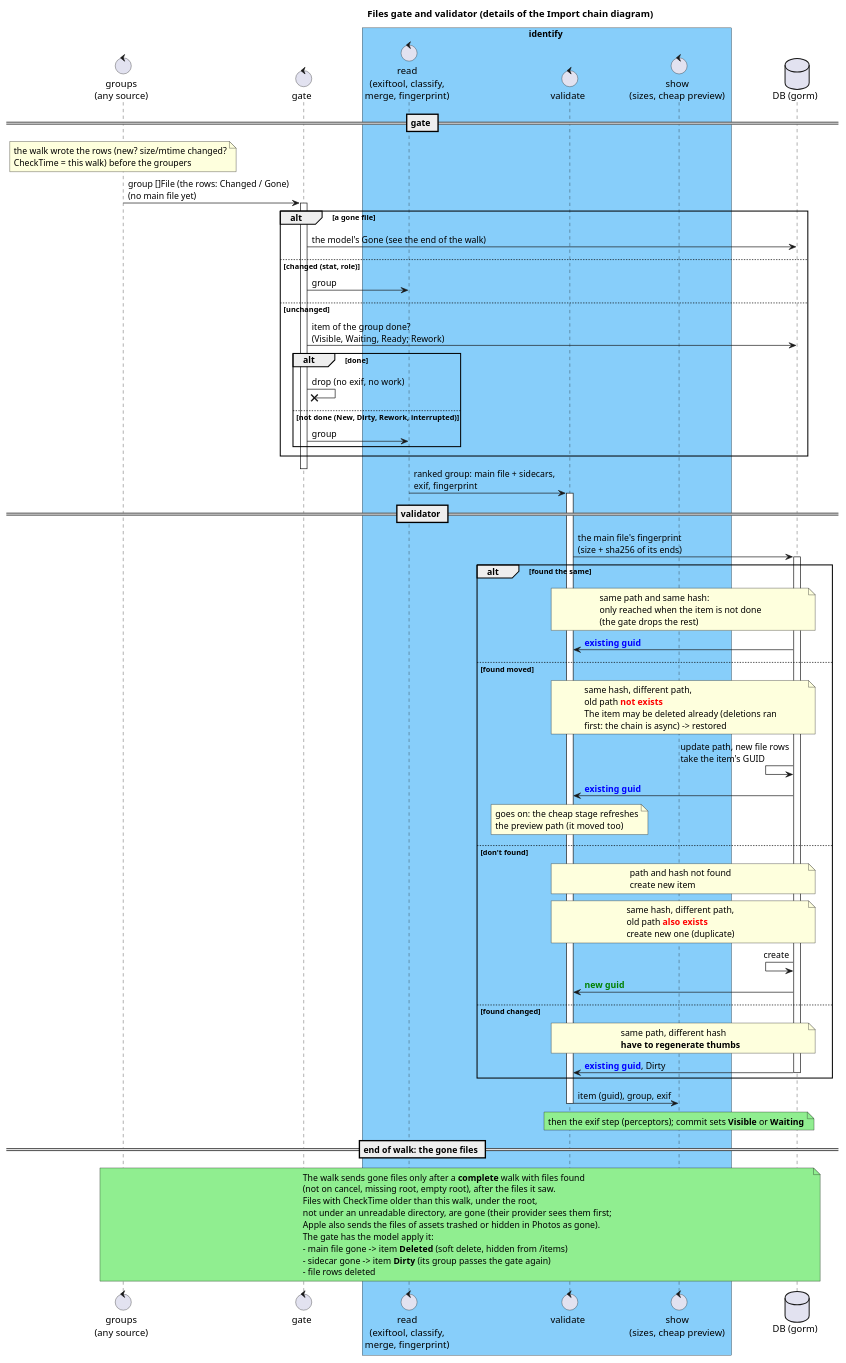
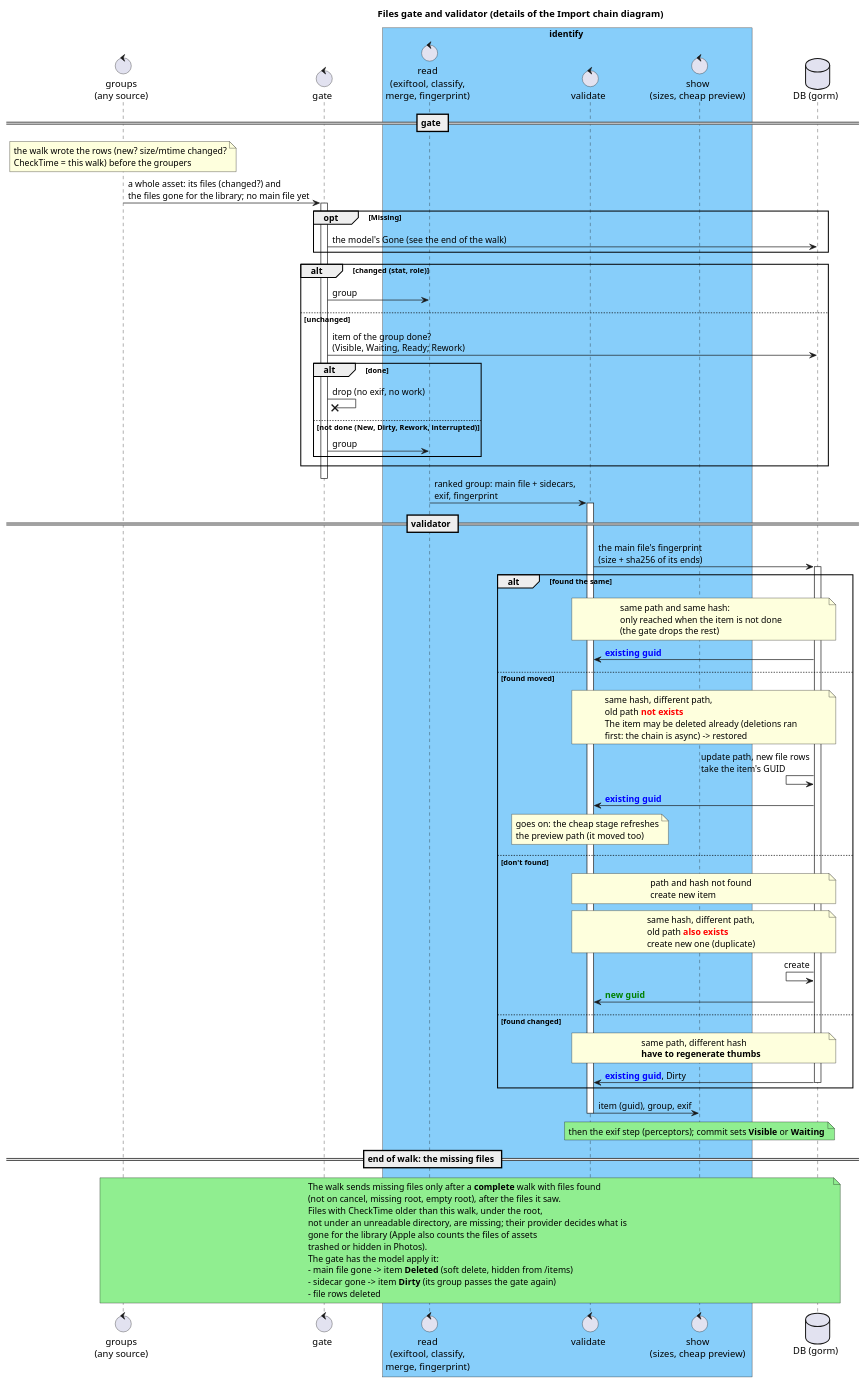
One commit to eggs-gd/Perceptrail changed the diagram in _sb/puml/Walker.puml. Above: the diagram before and after it, drawn with PlantUML. The commit also changed 42 other files, not shown here.

First line of the commit message:
Import steps without model; Missing off the files' rows; providers split (#26)

```diff
--- a/_sb/puml/Walker.puml
+++ b/_sb/puml/Walker.puml
@@ -1,102 +1,104 @@
 @startuml Walker and validating
 
 !pragma teoz true
 
 title Files gate and validator (details of the Import chain diagram)
 
 control "groups\n(any source)" as Groups
 control "gate" as Gate
 box identify #LightSkyBlue
 control "read\n(exiftool, classify,\nmerge, fingerprint)" as Exif
 control "validate" as Validator
 control "show\n(sizes, cheap preview)" as Transcode
 end box
 database "DB (gorm)" as DB
 
 == gate ==
 
 note over Groups: the walk wrote the rows (new? size/mtime changed?\nCheckTime = this walk) before the groupers
-Groups -> Gate: group []File (the rows: Changed / Gone)\n(no main file yet)
+Groups -> Gate: a whole asset: its files (changed?) and\nthe files gone for the library; no main file yet
 activate Gate
-alt a gone file
+opt Missing
     Gate -> DB: the model's Gone (see the end of the walk)
-else changed (stat, role)
+end
+alt changed (stat, role)
     Gate -> Exif: group
 else unchanged
     Gate -> DB: item of the group done?\n(Visible, Waiting, Ready; Rework)
     alt done
         Gate ->x Gate: drop (no exif, no work)
     else not done (New, Dirty, Rework, interrupted)
         Gate -> Exif: group
     end
 end
 deactivate Gate
 
 Exif -> Validator: ranked group: main file + sidecars,\nexif, fingerprint
 activate Validator
 
 == validator ==
 
 Validator -> DB: the main file's fingerprint\n(size + sha256 of its ends)
 activate DB
 
 alt found the same
     note over Validator, DB
     same path and same hash:
     only reached when the item is not done
     (the gate drops the rest)
     end note
     DB -> Validator: <font color=blue><b>existing guid
 
 else found moved
     note over Validator, DB
     same hash, different path,
     old path <b><font color=red>not exists
     The item may be deleted already (deletions ran
     first: the chain is async) -> restored
     end note
     DB <- DB: update path, new file rows\ntake the item's GUID
     DB -> Validator: <font color=blue><b>existing guid
     note over Validator: goes on: the cheap stage refreshes\nthe preview path (it moved too)
 
 else don't found
     note over Validator, DB
     path and hash not found
     create new item
     end note
     note over Validator, DB
     same hash, different path,
     old path <b><font color=red>also exists
     create new one (duplicate)
     end note
     DB <- DB: create
     DB -> Validator: <font color=green><b>new guid
 
 else found changed
     note over Validator, DB
     same path, different hash
     <b>have to regenerate thumbs
     end note
     DB -> Validator: <font color=blue><b>existing guid</b></font>, Dirty
     deactivate DB
 end
 
 Validator -> Transcode: item (guid), group, exif
 deactivate Validator
 note over Transcode #LightGreen: then the exif step (perceptors); commit sets <b>Visible</b> or <b>Waiting</b>
 
-== end of walk: the gone files ==
+== end of walk: the missing files ==
 
 note over Groups, DB #LightGreen
-The walk sends gone files only after a <b>complete</b> walk with files found
+The walk sends missing files only after a <b>complete</b> walk with files found
 (not on cancel, missing root, empty root), after the files it saw.
 Files with CheckTime older than this walk, under the root,
-not under an unreadable directory, are gone (their provider sees them first;
-Apple also sends the files of assets trashed or hidden in Photos as gone).
+not under an unreadable directory, are missing; their provider decides what is
+gone for the library (Apple also counts the files of assets
+trashed or hidden in Photos).
 The gate has the model apply it:
 - main file gone -> item <b>Deleted</b> (soft delete, hidden from /items)
 - sidecar gone -> item <b>Dirty</b> (its group passes the gate again)
 - file rows deleted
 end note
 
 @enduml
```
